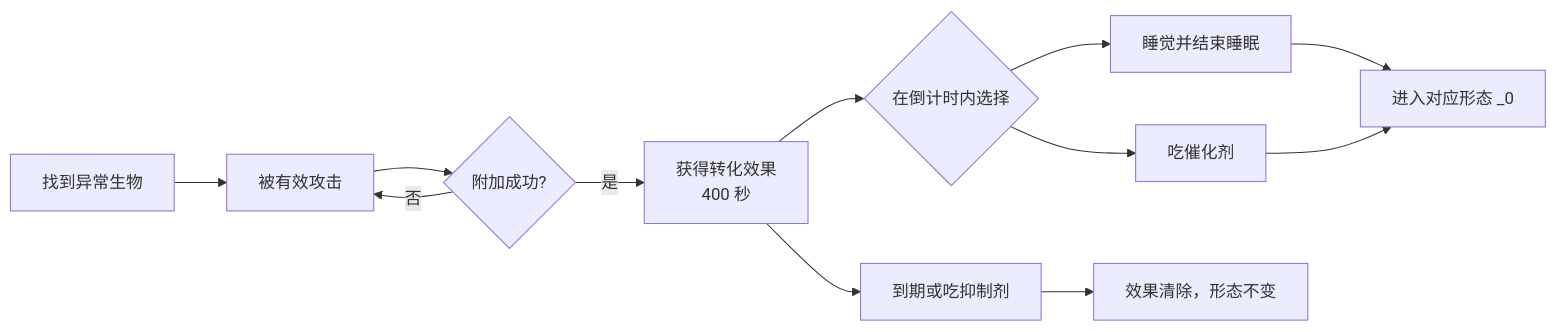
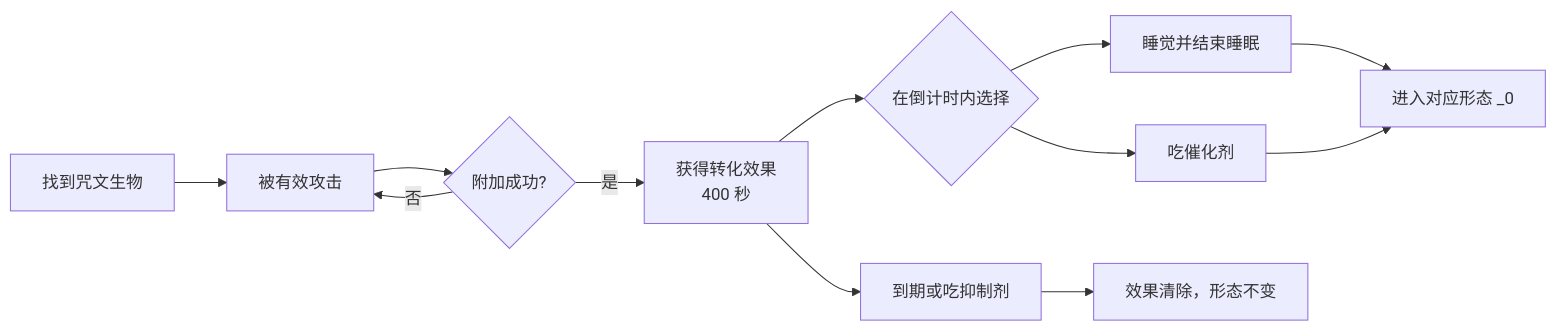
The diagram in docs/getting-started/first-transformation.md (LynxCatTheThird/SSC-wiki), drawn with Mermaid before and after one commit. The commit also changed other lines of this file and 21 other files, not shown here.

````diff
--- a/docs/getting-started/first-transformation.md
+++ b/docs/getting-started/first-transformation.md
@@ -11,14 +11,14 @@
 ```mermaid
 flowchart LR
-  A[找到异常生物] --> B[被有效攻击]
+  A[找到咒文生物] --> B[被有效攻击]
   B --> C{附加成功?}
   C -- 否 --> B
   C -- 是 --> D[获得转化效果\n400 秒]
   D --> E{在倒计时内选择}
   E --> F[睡觉并结束睡眠]
   E --> G[吃催化剂]
   F --> H[进入对应形态 _0]
   G --> H
   D --> I[到期或吃抑制剂]
   I --> J[效果清除，形态不变]
 ```
````
